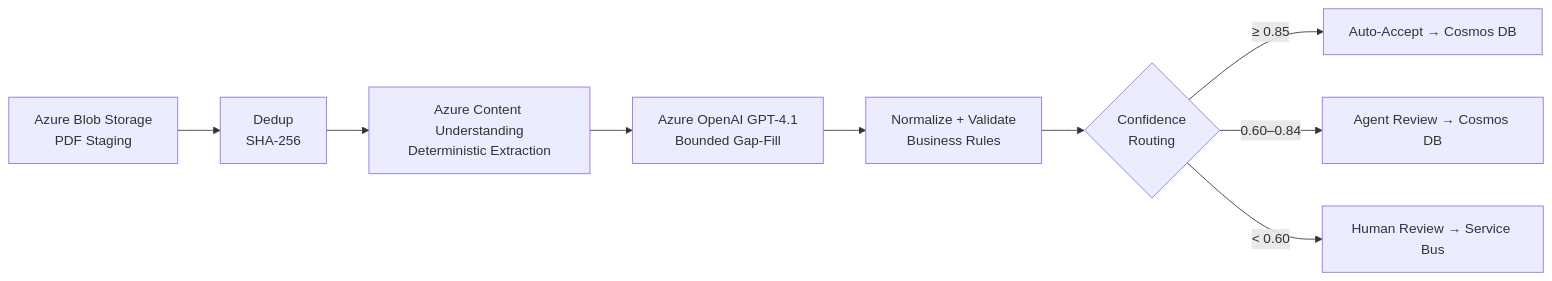
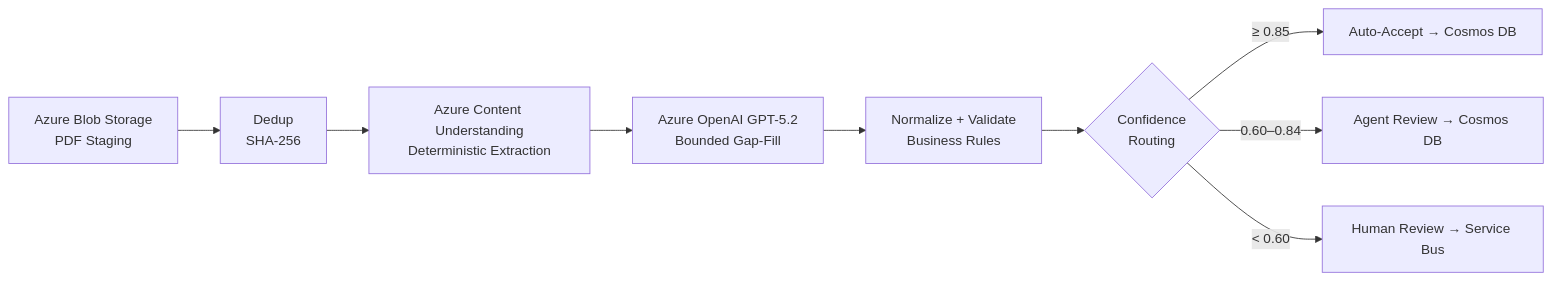
The diagram in article.md (lifesawesome/Document_Extraction_Repo), drawn with Mermaid before and after one commit. The commit also changed other lines of this file and 40 other files, not shown here.

Commit message:
Complete Document Extraction Repository with Refined Architecture Diagrams

````diff
--- a/article.md
+++ b/article.md
@@ -37,11 +37,11 @@
 ```mermaid
 graph LR
     A[Azure Blob Storage<br/>PDF Staging] --> B[Dedup<br/>SHA-256]
     B --> C[Azure Content Understanding<br/>Deterministic Extraction]
-    C --> D[Azure OpenAI GPT-4.1<br/>Bounded Gap-Fill]
+    C --> D[Azure OpenAI GPT-5.2<br/>Bounded Gap-Fill]
     D --> E[Normalize + Validate<br/>Business Rules]
     E --> F{Confidence<br/>Routing}
     F -->|≥ 0.85| G[Auto-Accept → Cosmos DB]
     F -->|0.60–0.84| H[Agent Review → Cosmos DB]
     F -->|< 0.60| I[Human Review → Service Bus]
 ```
````
